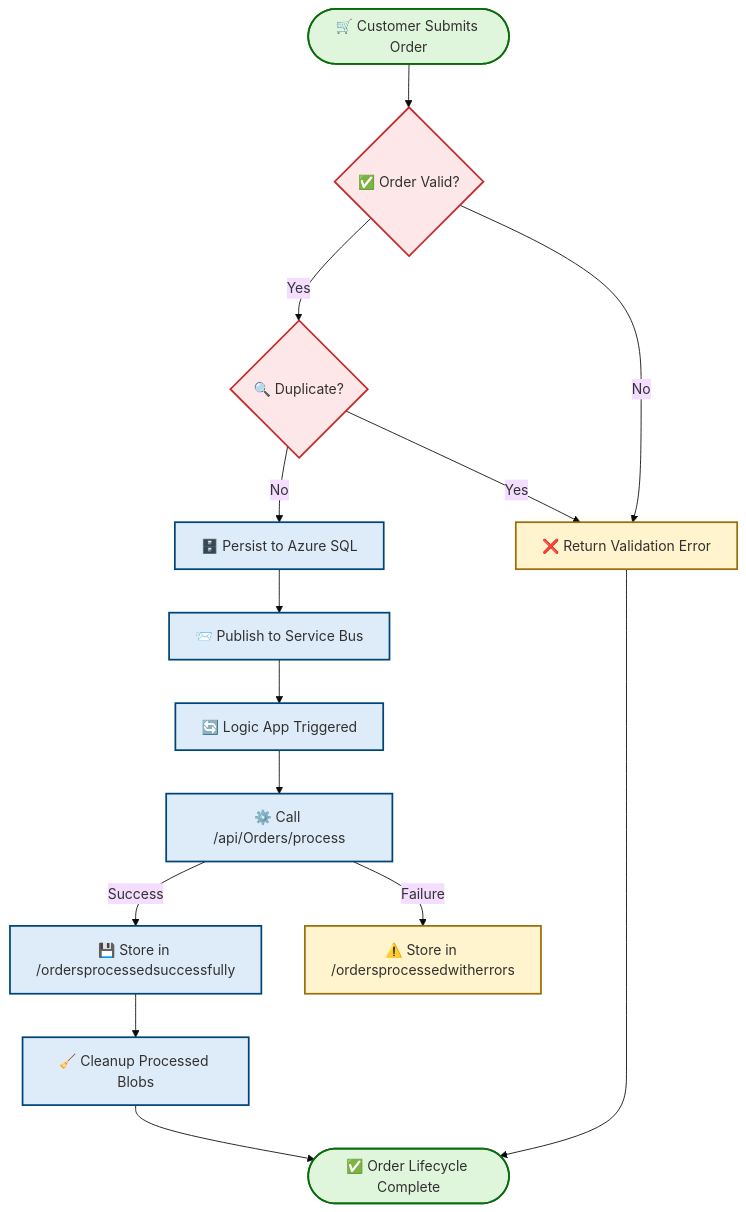
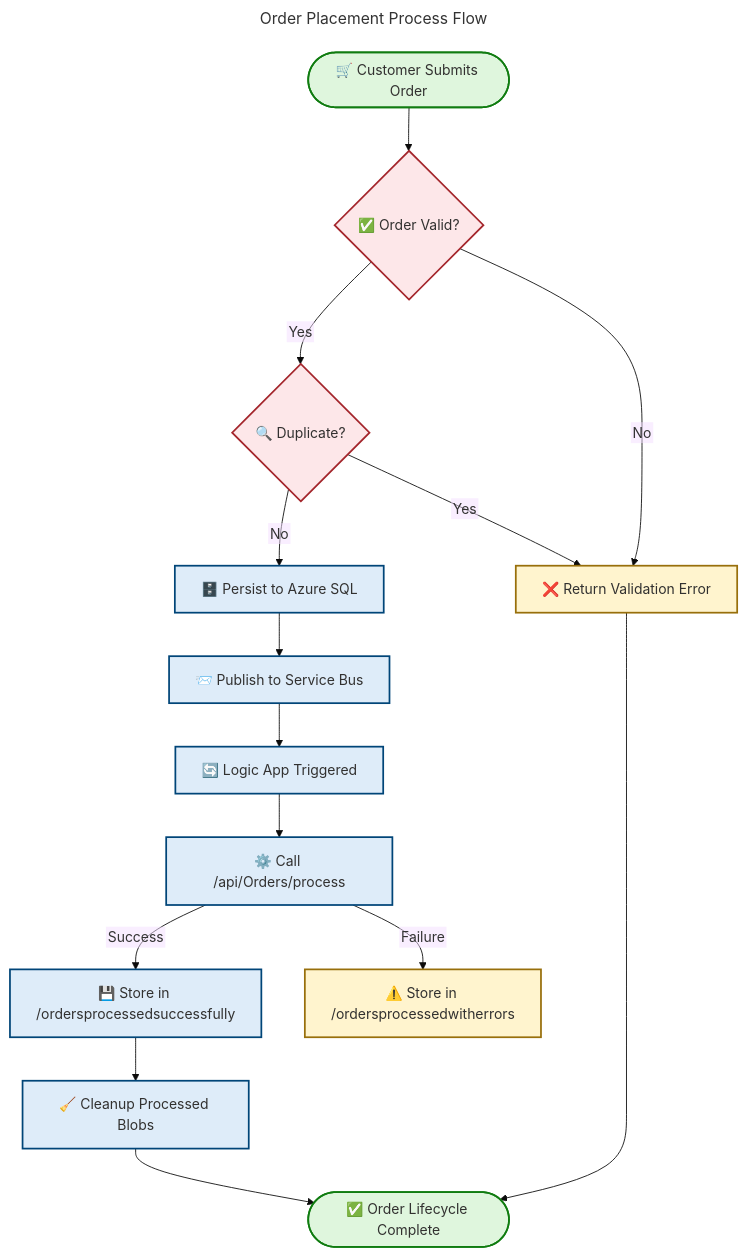
The ninth of 13 diagrams in docs/architecture/Business-Layer-Architecture.md (Evilazaro/Azure-LogicApps-Monitoring), drawn with Mermaid before and after one commit. The commit also changed other lines of this file, not shown here.

Commit message:
docs: update mermaid diagrams for improved clarity and consistency in Business Architecture documentation

````diff
--- a/docs/architecture/Business-Layer-Architecture.md
+++ b/docs/architecture/Business-Layer-Architecture.md
@@ -859,55 +885,60 @@
 ```mermaid
 ---
+title: "Order Placement Process Flow"
 config:
   theme: base
+  themeVariables:
+    fontSize: '16px'
+  flowchart:
+    htmlLabels: false
 ---
 flowchart TB
     accTitle: Order Placement Process Flow
     accDescr: BPMN-style diagram showing the order placement workflow from customer submission through validation, persistence, event publishing, and workflow processing
 
     %% ═══════════════════════════════════════════════════════════════
     %% AZURE / FLUENT ARCHITECTURE PATTERN v1.1
     %% Generated: 2026-02-18T10:30:00Z
     %% Layer: Business
     %% Components: 12
     %% Semantic classes: 3/5 used (processStep, decision, terminal)
     %% ═══════════════════════════════════════════════════════════════
 
     Start(["🛒 Customer Submits Order"])
     ValidateOrder{"✅ Order Valid?"}
     CheckDuplicate{"🔍 Duplicate?"}
     PersistOrder["🗄️ Persist to Azure SQL"]
     PublishEvent["📨 Publish to Service Bus"]
     TriggerWorkflow["🔄 Logic App Triggered"]
     ProcessOrder["⚙️ Call /api/Orders/process"]
     StoreSuccess["💾 Store in /ordersprocessedsuccessfully"]
     StoreError["⚠️ Store in /ordersprocessedwitherrors"]
     CleanupBlobs["🧹 Cleanup Processed Blobs"]
     RejectOrder["❌ Return Validation Error"]
     End(["✅ Order Lifecycle Complete"])
 
     Start --> ValidateOrder
     ValidateOrder -->|"Yes"| CheckDuplicate
     ValidateOrder -->|"No"| RejectOrder
     CheckDuplicate -->|"No"| PersistOrder
     CheckDuplicate -->|"Yes"| RejectOrder
     PersistOrder --> PublishEvent
     PublishEvent --> TriggerWorkflow
     TriggerWorkflow --> ProcessOrder
     ProcessOrder -->|"Success"| StoreSuccess
     ProcessOrder -->|"Failure"| StoreError
     StoreSuccess --> CleanupBlobs
     CleanupBlobs --> End
     RejectOrder --> End
 
     classDef processStep fill:#DEECF9,stroke:#004578,stroke-width:2px,color:#323130
-    classDef decision fill:#FDE7E9,stroke:#C62828,stroke-width:2px,color:#323130
-    classDef terminal fill:#DFF6DD,stroke:#0B6A0B,stroke-width:2px,color:#323130
+    classDef decision fill:#FDE7E9,stroke:#A4262C,stroke-width:2px,color:#323130
+    classDef terminal fill:#DFF6DD,stroke:#107C10,stroke-width:2px,color:#323130
     classDef errorStep fill:#FFF4CE,stroke:#986F0B,stroke-width:2px,color:#323130
 
     class PersistOrder,PublishEvent,TriggerWorkflow,ProcessOrder,CleanupBlobs processStep
     class ValidateOrder,CheckDuplicate decision
     class Start,End terminal
     class RejectOrder,StoreError errorStep
     class StoreSuccess processStep
 ```
````
